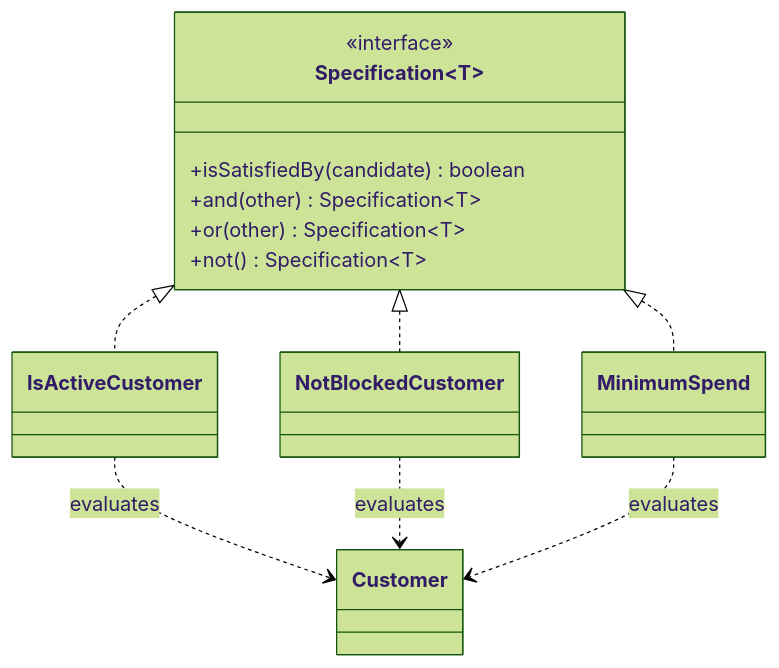
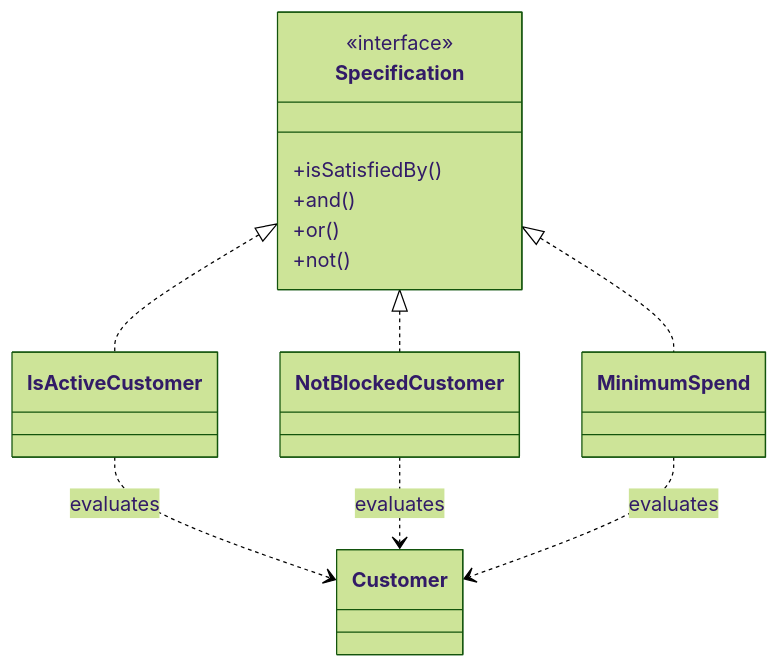
One commit to sandeepbhardwaj/sandeepbhardwaj.github.io changed the diagram in _posts/2026-11-07-java-pattern-specification-rule-composition-part-1.md. Above: the diagram before and after it, drawn with Mermaid (forest theme). The commit also changed 85 other files, not shown here.

Commit message:
mermaid flow chart fixes

````diff
--- a/_posts/2026-11-07-java-pattern-specification-rule-composition-part-1.md
+++ b/_posts/2026-11-07-java-pattern-specification-rule-composition-part-1.md
@@ -131,21 +131,21 @@
 ```mermaid
 classDiagram
-    class Specification~T~ {
+    class Specification {
       <<interface>>
-      +isSatisfiedBy(candidate) boolean
-      +and(other) Specification~T~
-      +or(other) Specification~T~
-      +not() Specification~T~
+      +isSatisfiedBy()
+      +and()
+      +or()
+      +not()
     }
     class Customer
     class IsActiveCustomer
     class NotBlockedCustomer
     class MinimumSpend
 
-    Specification~T~ <|.. IsActiveCustomer
-    Specification~T~ <|.. NotBlockedCustomer
-    Specification~T~ <|.. MinimumSpend
+    Specification <|.. IsActiveCustomer
+    Specification <|.. NotBlockedCustomer
+    Specification <|.. MinimumSpend
     IsActiveCustomer ..> Customer : evaluates
     NotBlockedCustomer ..> Customer : evaluates
     MinimumSpend ..> Customer : evaluates
 ```
````
